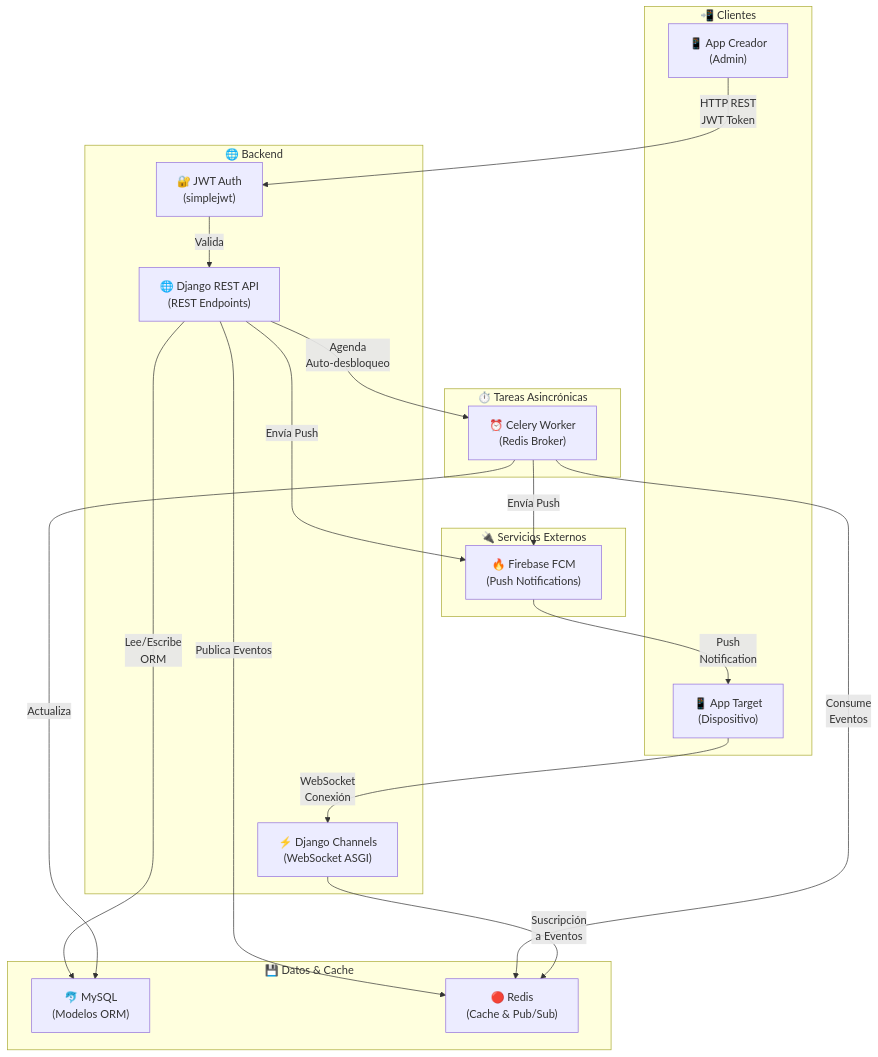
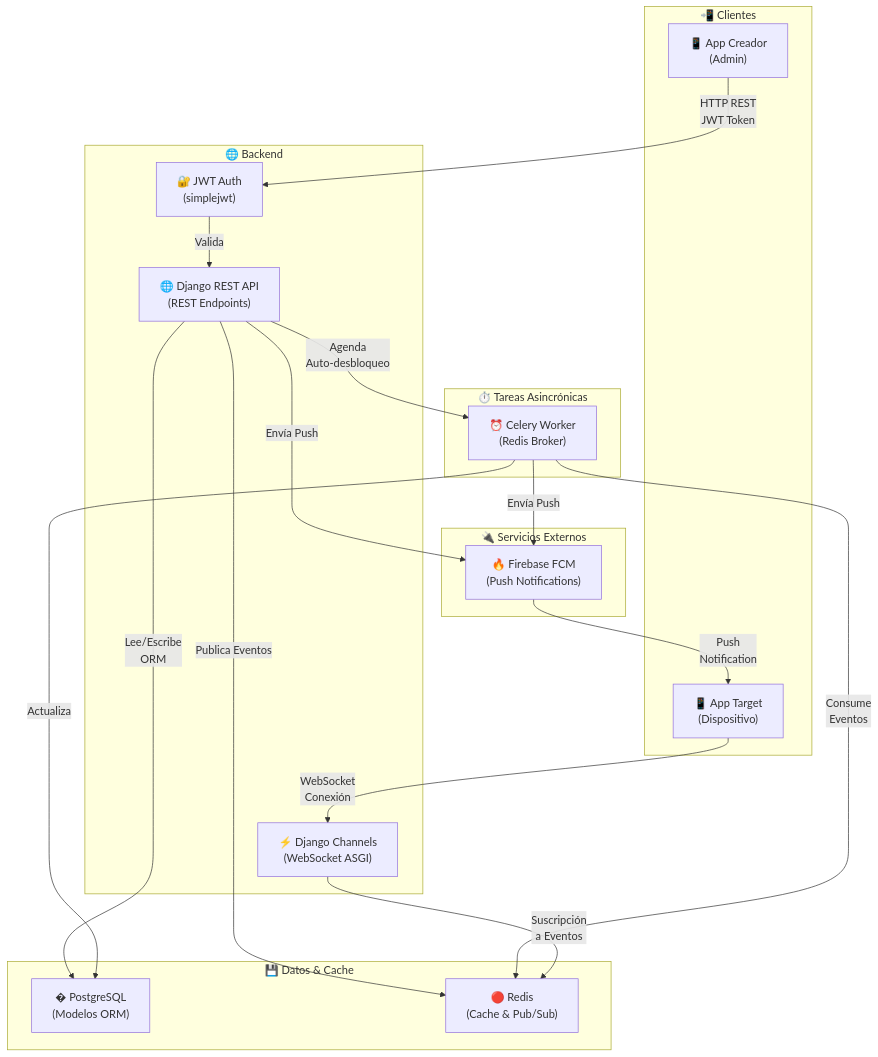
One commit to JORGUINHO98/secure-lock changed the first of 4 diagrams in README.md. Above: the diagram before and after it, drawn with Mermaid. The commit also changed other lines of this file and 10 other files, not shown here.

````diff
--- a/README.md
+++ b/README.md
@@ -25,46 +25,46 @@
 ```mermaid
 graph TB
     subgraph Clientes["📲 Clientes"]
         C["📱 App Creador<br/>(Admin)"]
         T["📱 App Target<br/>(Dispositivo)"]
     end
     
     subgraph Backend["🌐 Backend"]
         API["🌐 Django REST API<br/>(REST Endpoints)"]
         WS["⚡ Django Channels<br/>(WebSocket ASGI)"]
         AUTH["🔐 JWT Auth<br/>(simplejwt)"]
     end
 
     subgraph Workers["⏱️ Tareas Asincrónicas"]
         Celery["⏰ Celery Worker<br/>(Redis Broker)"]
     end
 
     subgraph Data["💾 Datos & Cache"]
-        DB["🐬 MySQL<br/>(Modelos ORM)"]
+        DB["� PostgreSQL<br/>(Modelos ORM)"]
         Redis["🔴 Redis<br/>(Cache & Pub/Sub)"]
     end
 
     subgraph External["🔌 Servicios Externos"]
         FCM["🔥 Firebase FCM<br/>(Push Notifications)"]
     end
 
     %% Relaciones del Creador
     C -->|HTTP REST<br/>JWT Token| AUTH
     AUTH -->|Valida| API
     
     %% Lógica de la API
     API -->|Lee/Escribe<br/>ORM| DB
     API -->|Publica Eventos| Redis
     API -->|Agenda<br/>Auto-desbloqueo| Celery
     API -->|Envía Push| FCM
     
     %% Tareas Asíncronas
     Celery -->|Consume<br/>Eventos| Redis
     Celery -->|Actualiza| DB
     Celery -->|Envía Push| FCM
     
     %% Relaciones del Target
     T -->|WebSocket<br/>Conexión| WS
     WS -->|Suscripción<br/>a Eventos| Redis
     FCM -->|Push<br/>Notification| T
 ```
````
